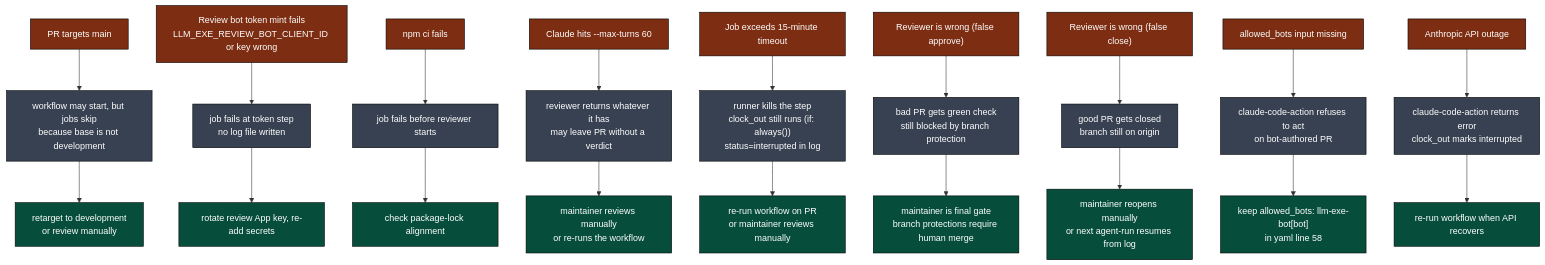
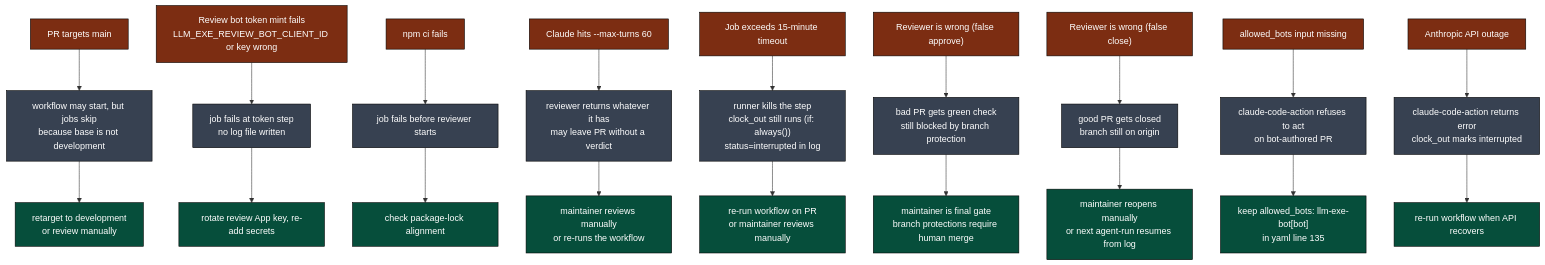
Diagram 11 of 12 in .github/docs/AGENT_REVIEW_PR_DEEP_DIVE.md (llm-exe/llm-exe), drawn with Mermaid before and after one commit. The commit also changed other lines of this file and 4 other files, not shown here.

````diff
--- a/.github/docs/AGENT_REVIEW_PR_DEEP_DIVE.md
+++ b/.github/docs/AGENT_REVIEW_PR_DEEP_DIVE.md
@@ -535,50 +536,50 @@
 ```mermaid
 flowchart TB
     classDef fail fill:#7c2d12,color:#fff,stroke:#000
     classDef effect fill:#374151,color:#fff,stroke:#000
     classDef fix fill:#064e3b,color:#fff,stroke:#000
 
     F1["PR targets main"]:::fail
     F1 --> F1E["workflow may start, but jobs skip\nbecause base is not development"]:::effect
     F1E --> F1X["retarget to development\nor review manually"]:::fix
 
     F2["Review bot token mint fails\nLLM_EXE_REVIEW_BOT_CLIENT_ID or key wrong"]:::fail
     F2 --> F2E["job fails at token step\nno log file written"]:::effect
     F2X["rotate review App key, re-add secrets"]:::fix
     F2E --> F2X
 
     F3["npm ci fails"]:::fail
     F3 --> F3E["job fails before reviewer starts"]:::effect
     F3X["check package-lock alignment"]:::fix
     F3E --> F3X
 
     F4["Claude hits --max-turns 60"]:::fail
     F4 --> F4E["reviewer returns whatever it has\nmay leave PR without a verdict"]:::effect
     F4X["maintainer reviews manually\nor re-runs the workflow"]:::fix
     F4E --> F4X
 
     F5["Job exceeds 15-minute timeout"]:::fail
     F5 --> F5E["runner kills the step\nclock_out still runs (if: always())\nstatus=interrupted in log"]:::effect
     F5X["re-run workflow on PR\nor maintainer reviews manually"]:::fix
     F5E --> F5X
 
     F6["Reviewer is wrong (false approve)"]:::fail
     F6 --> F6E["bad PR gets green check\nstill blocked by branch protection"]:::effect
     F6X["maintainer is final gate\nbranch protections require human merge"]:::fix
     F6E --> F6X
 
     F7["Reviewer is wrong (false close)"]:::fail
     F7 --> F7E["good PR gets closed\nbranch still on origin"]:::effect
     F7X["maintainer reopens manually\nor next agent-run resumes from log"]:::fix
     F7E --> F7X
 
     F8["allowed_bots input missing"]:::fail
     F8 --> F8E["claude-code-action refuses to act\non bot-authored PR"]:::effect
-    F8X["keep allowed_bots: llm-exe-bot[bot]\nin yaml line 58"]:::fix
+    F8X["keep allowed_bots: llm-exe-bot[bot]\nin yaml line 135"]:::fix
     F8E --> F8X
 
     F9["Anthropic API outage"]:::fail
     F9 --> F9E["claude-code-action returns error\nclock_out marks interrupted"]:::effect
     F9X["re-run workflow when API recovers"]:::fix
     F9E --> F9X
 ```
````
